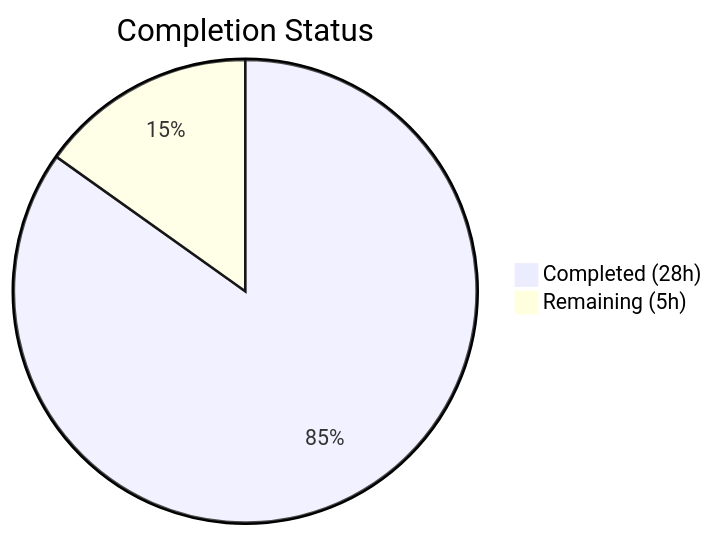
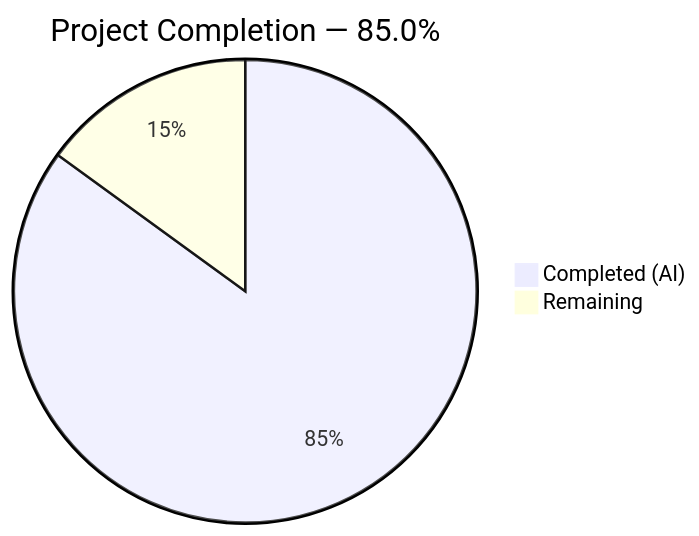
Before and after one commit to shaliniblitzy/05march_1-age: the first of 2 diagrams in blitzy/documentation/Project Guide.md, drawn with Mermaid. The commit also changed other lines of this file, not shown here.

Commit message:
Adding Blitzy Project Guide: Project Status and Human Tasks Remaining

````diff
--- a/blitzy/documentation/Project Guide.md
+++ b/blitzy/documentation/Project Guide.md
@@ -13,5 +13,5 @@
 ```mermaid
-pie title Completion Status
-    "Completed (28h)" : 28
-    "Remaining (5h)" : 5
+pie title Project Completion — 85.0%
+    "Completed (AI)" : 17
+    "Remaining" : 3
 ```
````
